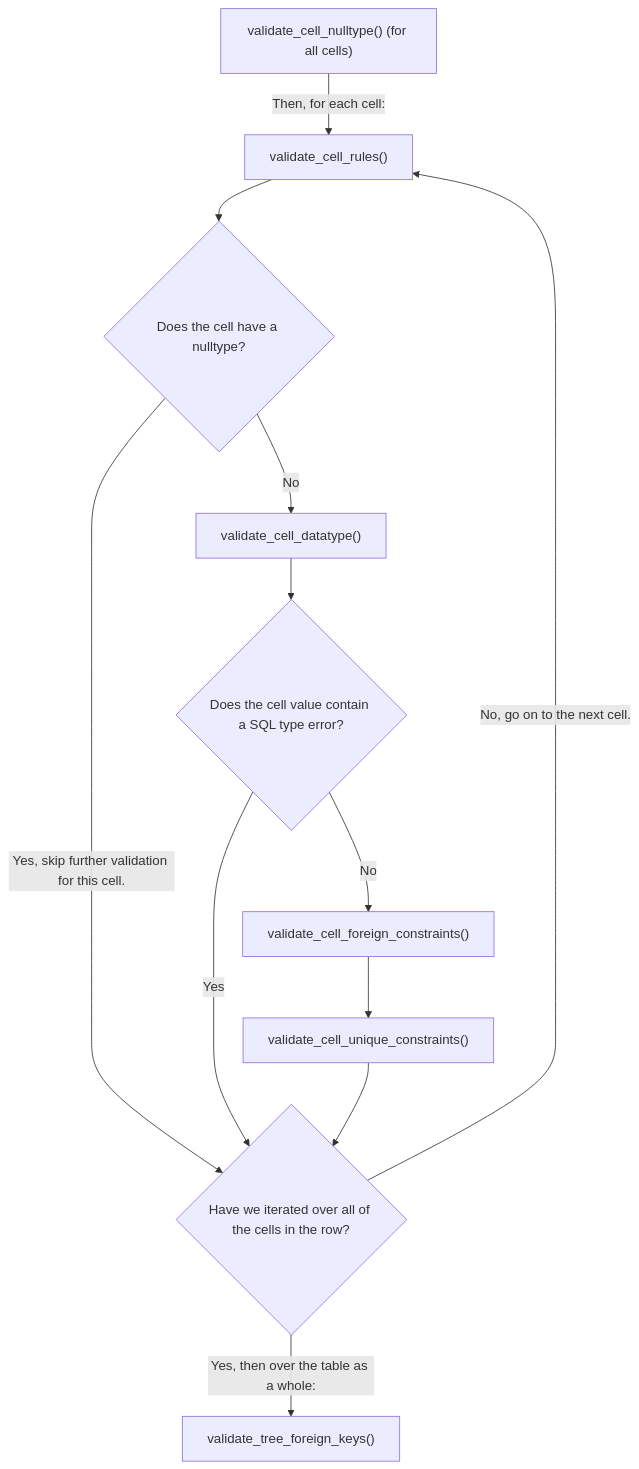
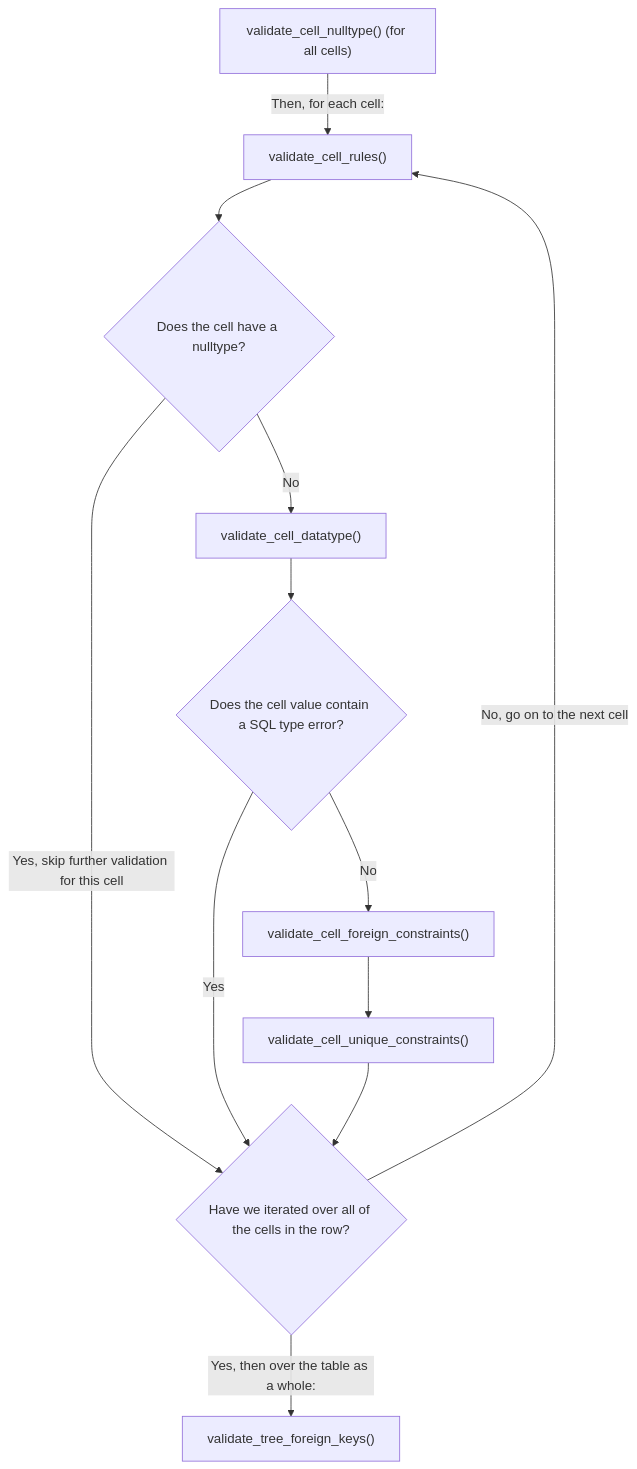
One commit to ontodev/valve.rs changed the diagram in README.md. Above: the diagram before and after it, drawn with Mermaid. The commit also changed other lines of this file, not shown here.

````diff
--- a/README.md
+++ b/README.md
@@ -335,23 +335,23 @@
 ```mermaid
 flowchart TD
     node1["validate_cell_nulltype() (for all cells)"]
     node1 -- "Then, for each cell:" --> node2
     node2["validate_cell_rules()"]
     node2 --> modal1
     modal1{"Does the cell have a nulltype?"}
     modal1 -- No --> node3
-    modal1 -- Yes, skip further validation for this cell. --> modal3
+    modal1 -- Yes, skip further validation for this cell --> modal3
     node3["validate_cell_datatype()"]
     node3 --> modal2
     modal2{"Does the cell value contain a SQL type error?"}
     modal2 -- No --> node4
     modal2 -- Yes --> modal3
     node4["validate_cell_foreign_constraints()"]
     node4 --> node5
     node5["validate_cell_unique_constraints()"]
     node5 --> modal3
     modal3{"Have we iterated over all of the cells in the row?"}
     modal3 -- Yes, then over the table as a whole: --> node6
-    modal3 -- No, go on to the next cell. --> node2
+    modal3 -- No, go on to the next cell --> node2
     node6["validate_tree_foreign_keys()"]
 ```
````
